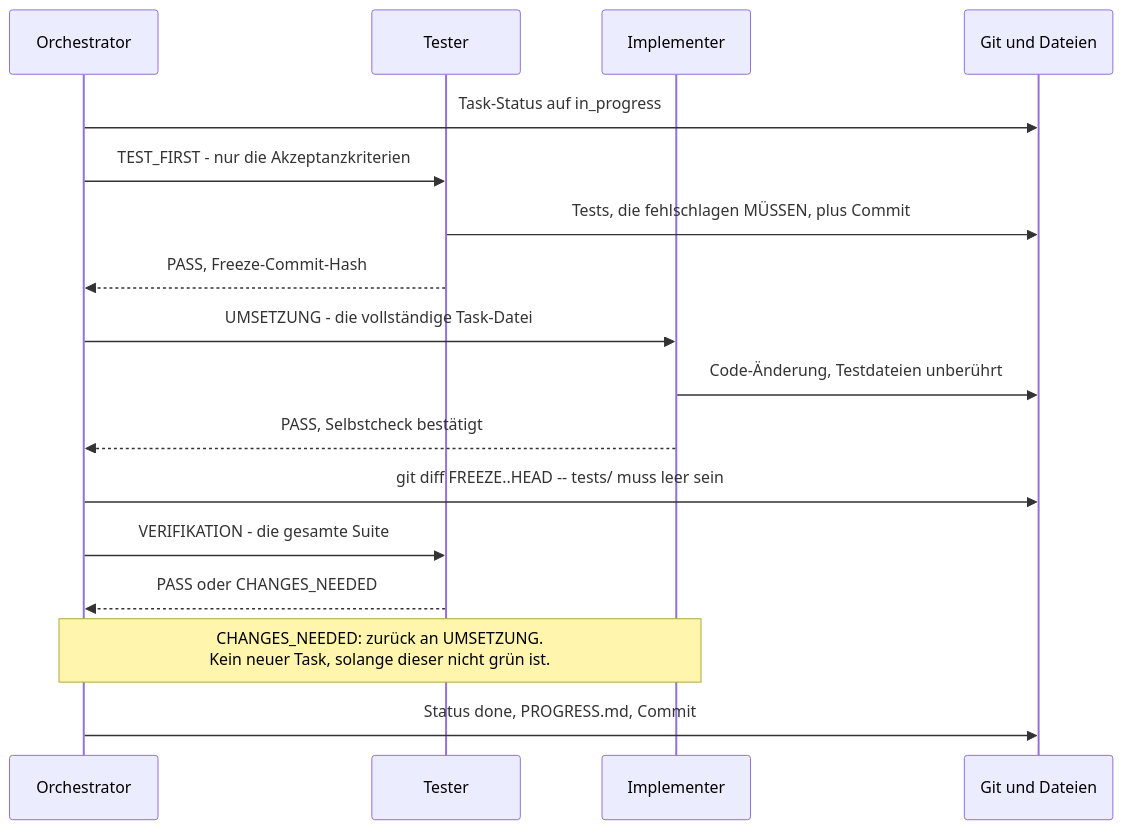
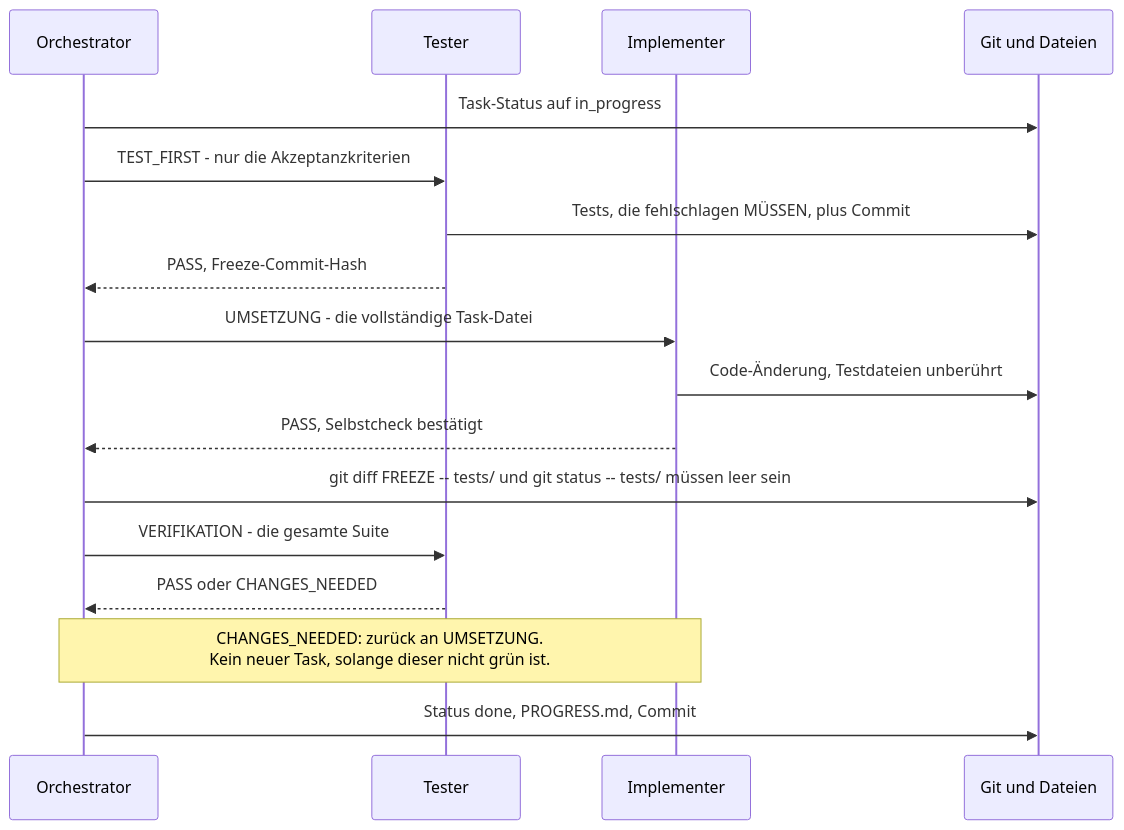
One commit to zzzk/agent-workflow changed the third of 3 diagrams in AGENT_WORKFLOW.md. Above: the diagram before and after it, drawn with Mermaid. The commit also changed other lines of this file and 30 other files, not shown here.

````diff
--- a/AGENT_WORKFLOW.md
+++ b/AGENT_WORKFLOW.md
@@ -121,20 +121,20 @@
 ```mermaid
 sequenceDiagram
     participant O as Orchestrator
     participant T as Tester
     participant I as Implementer
     participant G as Git und Dateien
 
     O->>G: Task-Status auf in_progress
     O->>T: TEST_FIRST - nur die Akzeptanzkriterien
     T->>G: Tests, die fehlschlagen MÜSSEN, plus Commit
     T-->>O: PASS, Freeze-Commit-Hash
     O->>I: UMSETZUNG - die vollständige Task-Datei
     I->>G: Code-Änderung, Testdateien unberührt
     I-->>O: PASS, Selbstcheck bestätigt
-    O->>G: git diff FREEZE..HEAD -- tests/ muss leer sein
+    O->>G: git diff FREEZE -- tests/ und git status -- tests/ müssen leer sein
     O->>T: VERIFIKATION - die gesamte Suite
     T-->>O: PASS oder CHANGES_NEEDED
     Note over O,I: CHANGES_NEEDED: zurück an UMSETZUNG.<br/>Kein neuer Task, solange dieser nicht grün ist.
     O->>G: Status done, PROGRESS.md, Commit
 ```
````
